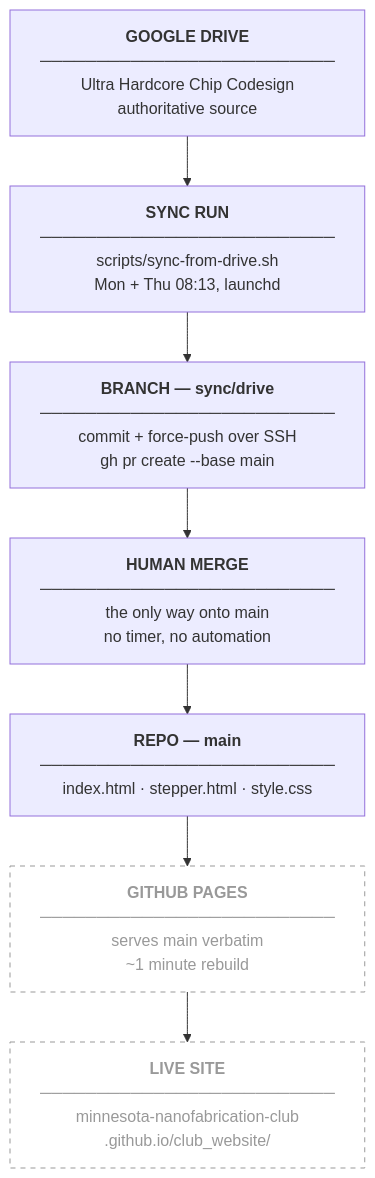
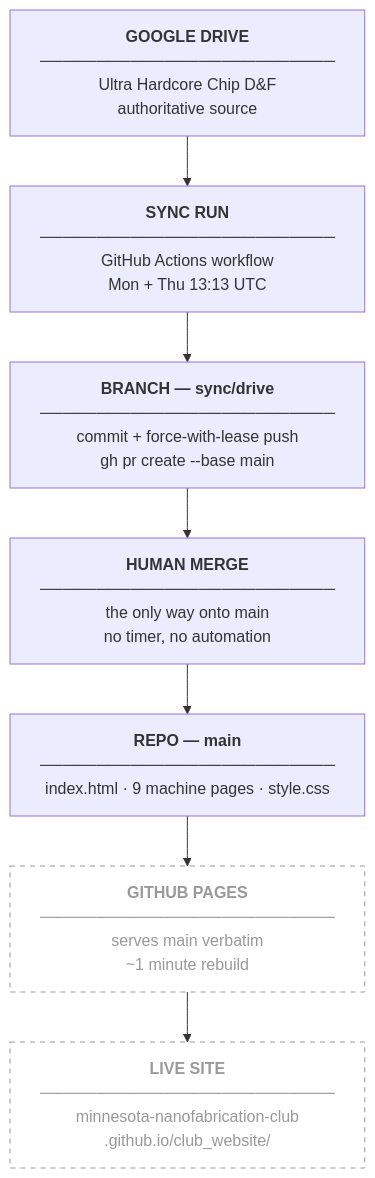
One commit to Minnesota-Nanofabrication-Club/club_website changed the diagram in docs/operations/deployment.md. Above: the diagram before and after it, drawn with Mermaid. The commit also changed other lines of this file and 19 other files, not shown here.

````diff
--- a/docs/operations/deployment.md
+++ b/docs/operations/deployment.md
@@ -37,22 +36,22 @@
 ```mermaid
 flowchart TD
-    D["<b>GOOGLE DRIVE</b><br/>──────────────────────────<br/>Ultra Hardcore Chip Codesign<br/>authoritative source"]
-    S["<b>SYNC RUN</b><br/>──────────────────────────<br/>scripts/sync-from-drive.sh<br/>Mon + Thu 08:13, launchd"]
-    B["<b>BRANCH — sync/drive</b><br/>──────────────────────────<br/>commit + force-push over SSH<br/>gh pr create --base main"]
+    D["<b>GOOGLE DRIVE</b><br/>──────────────────────────<br/>Ultra Hardcore Chip D&amp;F<br/>authoritative source"]
+    S["<b>SYNC RUN</b><br/>──────────────────────────<br/>GitHub Actions workflow<br/>Mon + Thu 13:13 UTC"]
+    B["<b>BRANCH — sync/drive</b><br/>──────────────────────────<br/>commit + force-with-lease push<br/>gh pr create --base main"]
     H["<b>HUMAN MERGE</b><br/>──────────────────────────<br/>the only way onto main<br/>no timer, no automation"]
-    R["<b>REPO — main</b><br/>──────────────────────────<br/>index.html · stepper.html · style.css"]
+    R["<b>REPO — main</b><br/>──────────────────────────<br/>index.html · 9 machine pages · style.css"]
     P["<b>GITHUB PAGES</b><br/>──────────────────────────<br/>serves main verbatim<br/>~1 minute rebuild"]
     L["<b>LIVE SITE</b><br/>──────────────────────────<br/>minnesota-nanofabrication-club<br/>.github.io/club_website/"]
     D --> S
     S --> B
     B --> H
     H --> R
     R --> P
     P --> L
     click S href "sync-run.md"
     click B href "sync-run.md"
     click H href "reviewing-changes.md"
     click D href "../data-contracts.md"
     style P stroke-dasharray:5 5,fill:transparent,stroke:#999,color:#999
     style L stroke-dasharray:5 5,fill:transparent,stroke:#999,color:#999
 ```
````
